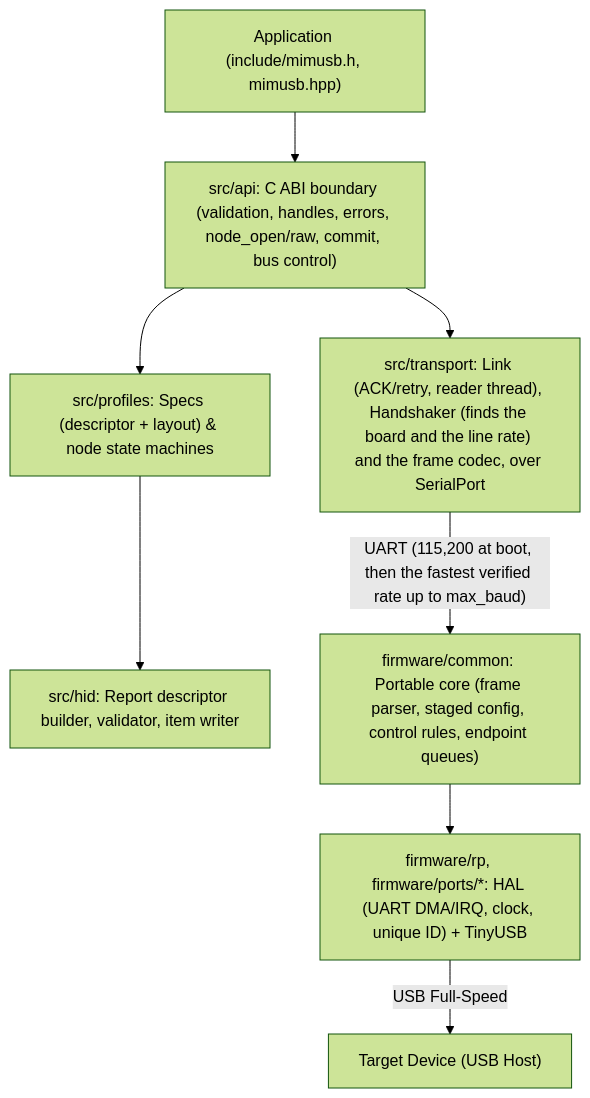
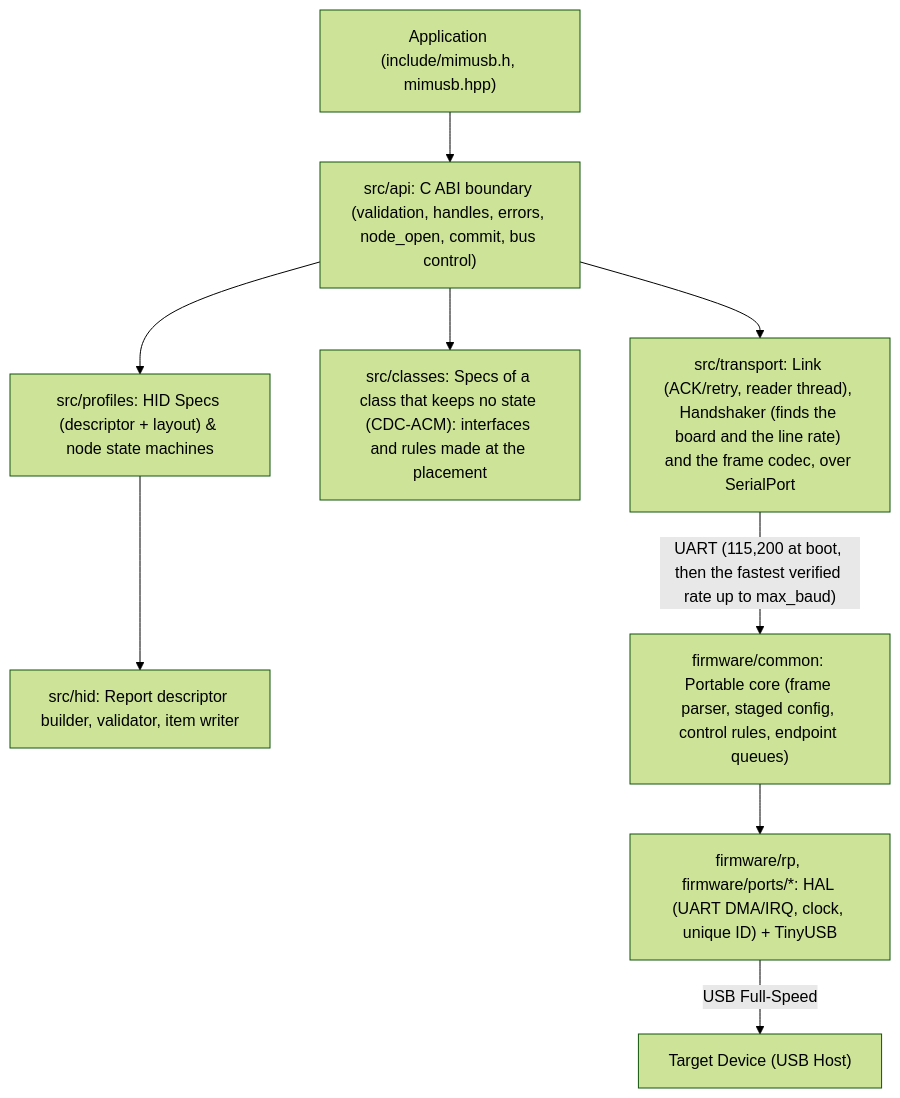
The first of 2 diagrams in docs/ARCHITECTURE.md (nemarpuc/libmimhid), drawn with Mermaid (forest theme) before and after one commit. The commit also changed 66 other files, not shown here.

First line of the commit message:
Make every function class a Spec factory and the control rules one generic way

````diff
--- a/docs/ARCHITECTURE.md
+++ b/docs/ARCHITECTURE.md
@@ -18,19 +18,21 @@
 ```mermaid
 flowchart TD
     App["Application (include/mimusb.h, mimusb.hpp)"]
-    API["src/api: C ABI boundary (validation, handles, errors, node_open/raw, commit, bus control)"]
-    Prof["src/profiles: Specs (descriptor + layout) & node state machines"]
+    API["src/api: C ABI boundary (validation, handles, errors, node_open, commit, bus control)"]
+    Prof["src/profiles: HID Specs (descriptor + layout) & node state machines"]
+    Cls["src/classes: Specs of a class that keeps no state (CDC-ACM): interfaces and rules made at the placement"]
     HID["src/hid: Report descriptor builder, validator, item writer"]
     Trans["src/transport: Link (ACK/retry, reader thread), Handshaker (finds the board and the line rate) and the frame codec, over SerialPort"]
     FWCore["firmware/common: Portable core (frame parser, staged config, control rules, endpoint queues)"]
     HAL["firmware/rp, firmware/ports/*: HAL (UART DMA/IRQ, clock, unique ID) + TinyUSB"]
     Target["Target Device (USB Host)"]
 
     App --> API
     API --> Prof
+    API --> Cls
     Prof --> HID
     API --> Trans
     Trans -->|"UART (115,200 at boot, then the fastest verified rate up to max_baud)"| FWCore
     FWCore --> HAL
     HAL -->|"USB Full-Speed"| Target
 ```
````
